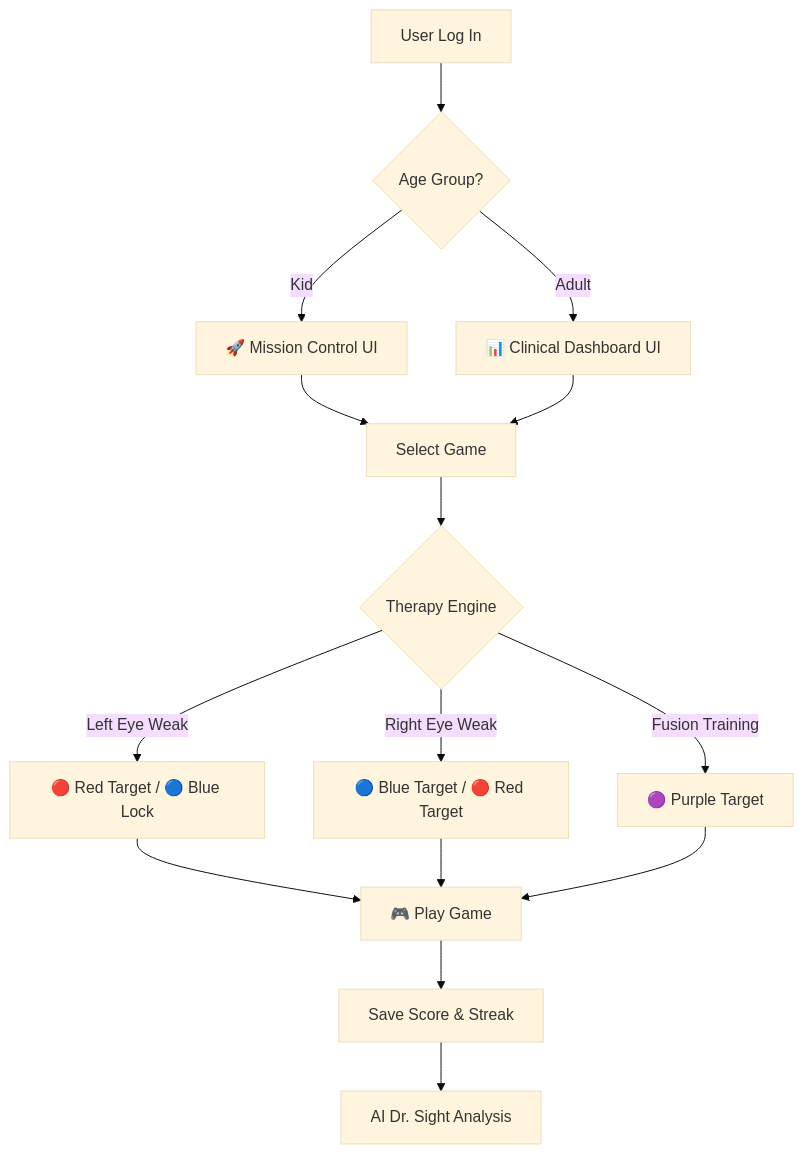
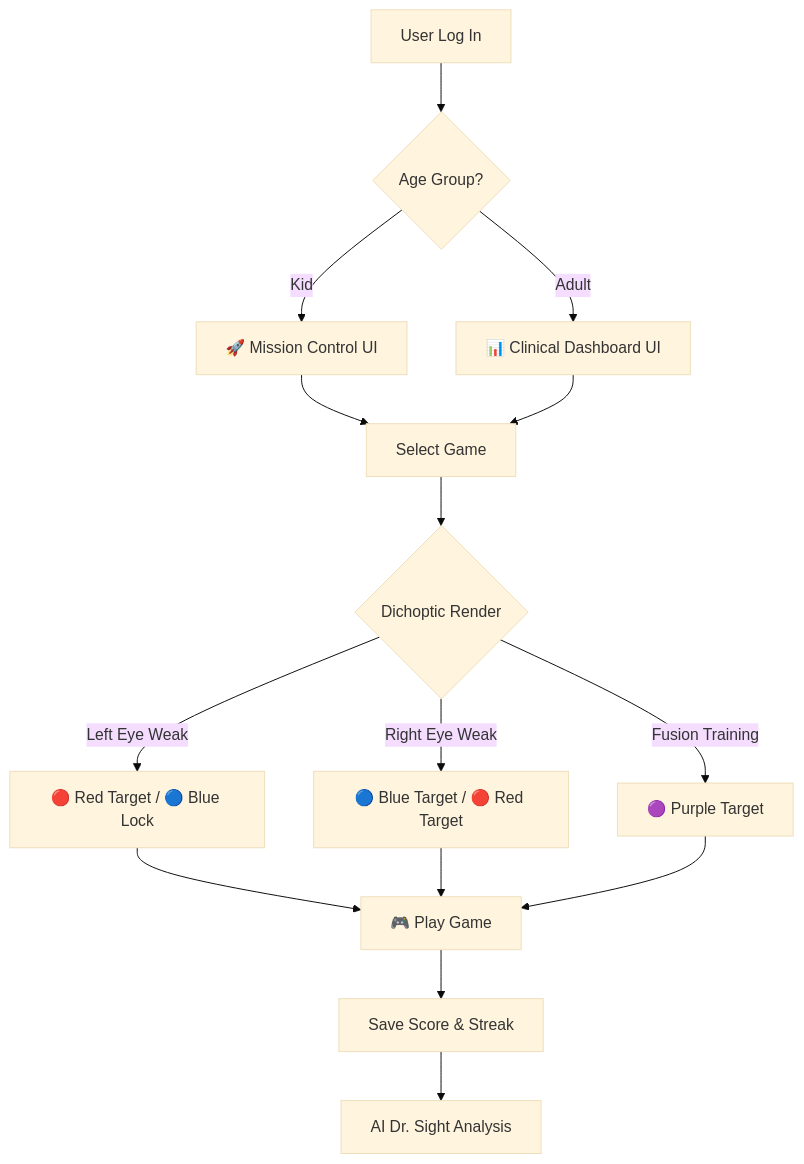
The diagram in README.md (Gagan021-5/OpenSight), drawn with Mermaid (base theme) before and after one commit. The commit also changed other lines of this file, not shown here.

````diff
--- a/README.md
+++ b/README.md
@@ -24,17 +38,17 @@
 ```mermaid
 graph TD
     A[User Log In] --> B{Age Group?}
     B -- Kid --> C[🚀 Mission Control UI]
     B -- Adult --> D[📊 Clinical Dashboard UI]
     C --> E[Select Game]
     D --> E
-    E --> F{Therapy Engine}
+    E --> F{Dichoptic Render}
     F -- Left Eye Weak --> G[🔴 Red Target / 🔵 Blue Lock]
     F -- Right Eye Weak --> H[🔵 Blue Target / 🔴 Red Target]
     F -- Fusion Training --> I[🟣 Purple Target]
     G --> J[🎮 Play Game]
     H --> J
     I --> J
     J --> K[Save Score & Streak]
     K --> L[AI Dr. Sight Analysis]
 ```
````
